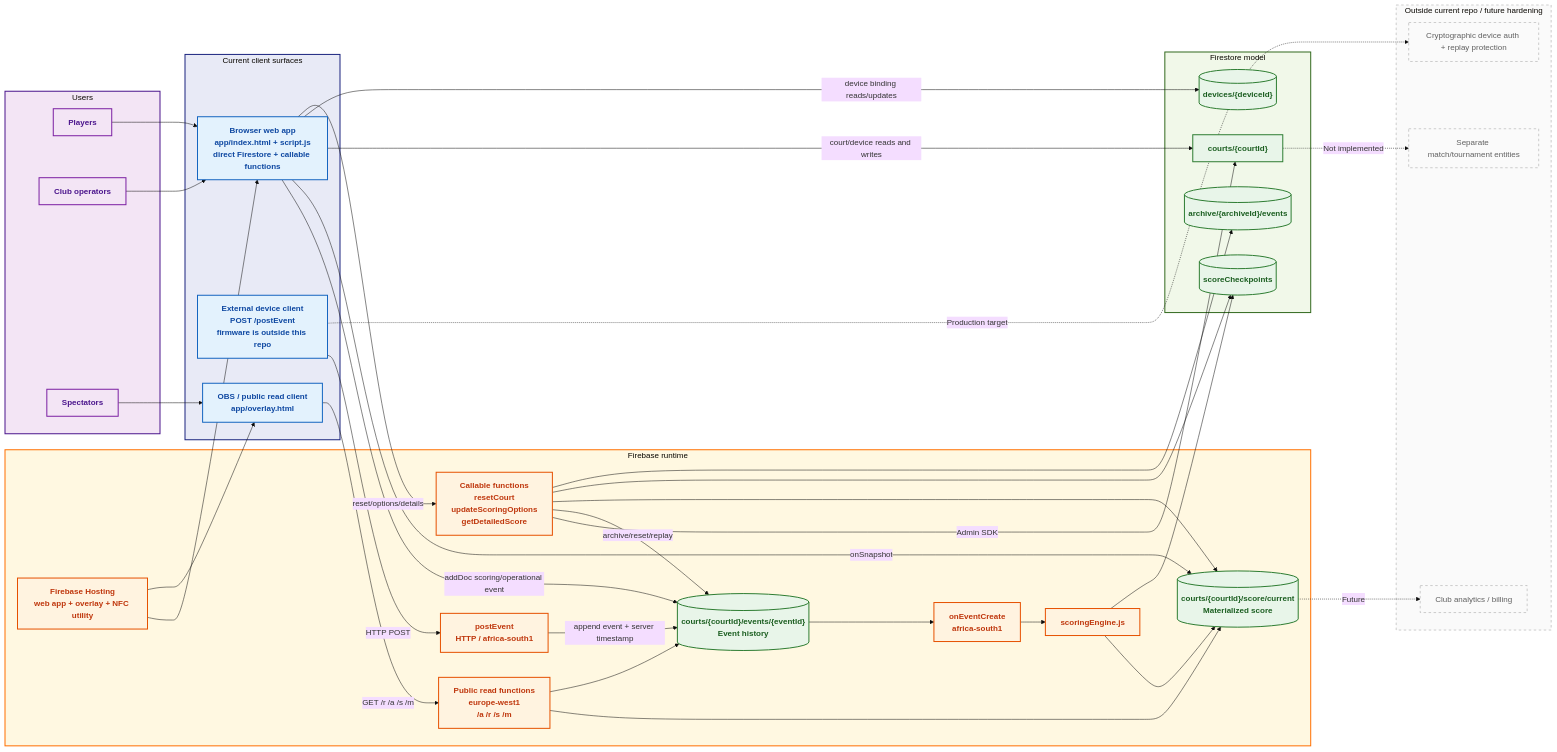
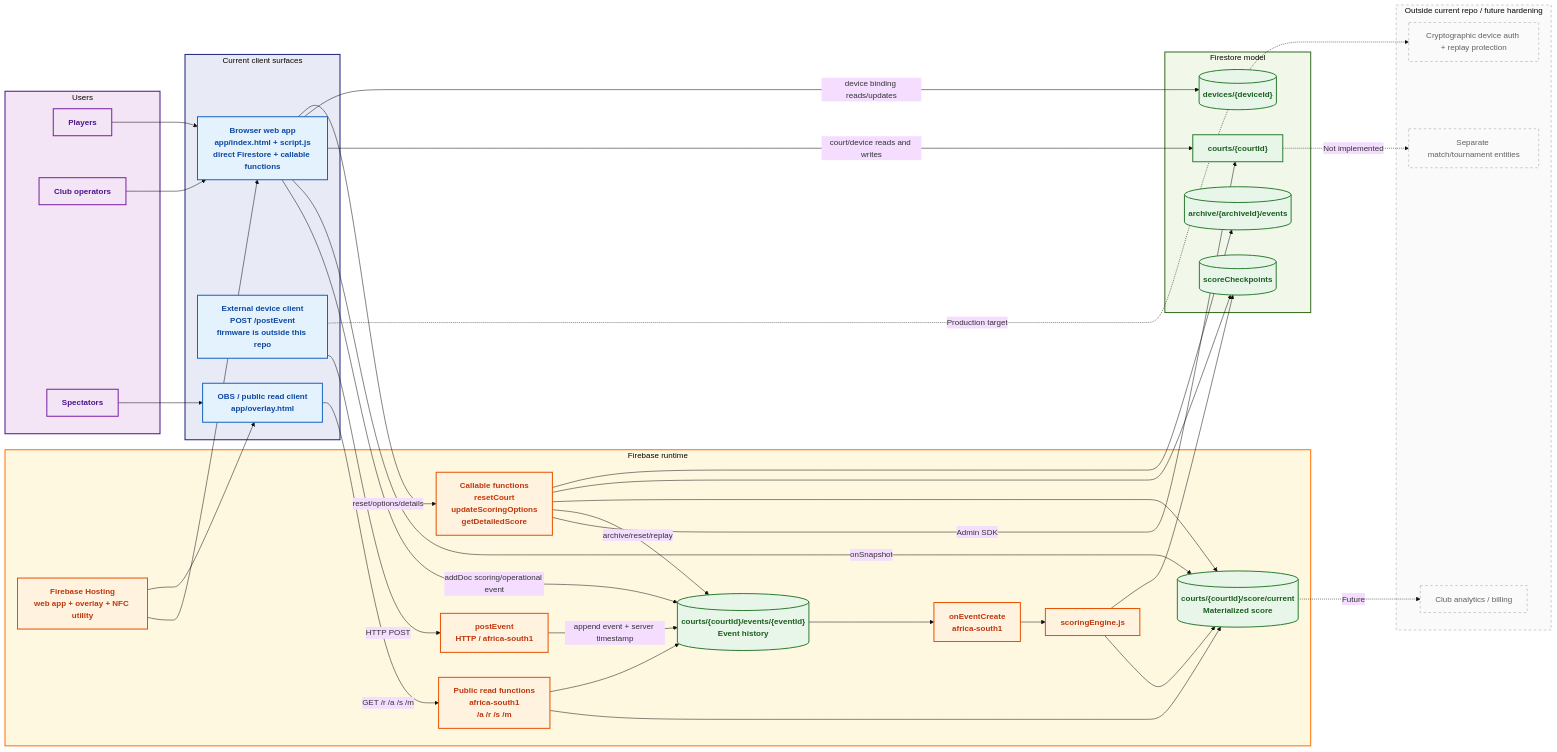
One commit to creepyLANguy/PuntoPrototype changed the diagram in docs/PP_Basic_Flow.mmd. Above: the diagram before and after it, drawn with Mermaid.

Commit message:
chore(regions): align Functions and docs to africa-south1

```diff
--- a/docs/PP_Basic_Flow.mmd
+++ b/docs/PP_Basic_Flow.mmd
@@ -1,95 +1,95 @@
 ---
 config:
     theme: base
 ---
 
 flowchart LR
 
     classDef client fill:#E3F2FD,stroke:#1565C0,stroke-width:2px,color:#0D47A1,font-weight:bold;
     classDef firebase fill:#FFF3E0,stroke:#E65100,stroke-width:2px,color:#BF360C,font-weight:bold;
     classDef data fill:#E8F5E9,stroke:#2E7D32,stroke-width:2px,color:#1B5E20,font-weight:bold;
     classDef user fill:#F3E5F5,stroke:#7B1FA2,stroke-width:2px,color:#4A148C,font-weight:bold;
     classDef future fill:#FAFAFA,stroke:#9E9E9E,stroke-width:1px,stroke-dasharray:5 5,color:#616161;
 
     subgraph CLIENTS["Current client surfaces"]
         WebApp["Browser web app<br/>app/index.html + script.js<br/>direct Firestore + callable functions"]
         Device["External device client<br/>POST /postEvent<br/>firmware is outside this repo"]
         Overlay["OBS / public read client<br/>app/overlay.html"]
     end
 
     subgraph FIREBASE["Firebase runtime"]
         Hosting["Firebase Hosting<br/>web app + overlay + NFC utility"]
         Ingestion["postEvent<br/>HTTP / africa-south1"]
         Events[("courts/{courtId}/events/{eventId}<br/>Event history")]
         Trigger["onEventCreate<br/>africa-south1"]
         Scoring["scoringEngine.js"]
         LiveState[("courts/{courtId}/score/current<br/>Materialized score")]
         Callable["Callable functions<br/>resetCourt<br/>updateScoringOptions<br/>getDetailedScore"]
-        PublicAPI["Public read functions<br/>europe-west1<br/>/a /r /s /m"]
+        PublicAPI["Public read functions<br/>africa-south1<br/>/a /r /s /m"]
     end
 
     subgraph DATA["Firestore model"]
         Court["courts/{courtId}"]
         Checkpoints[("scoreCheckpoints")]
         Archives[("archive/{archiveId}/events")]
         Devices[("devices/{deviceId}")]
     end
 
     subgraph USERS["Users"]
         Player["Players"]
         Club["Club operators"]
         Spectator["Spectators"]
     end
 
     subgraph FUTURE["Outside current repo / future hardening"]
         Hmac["Cryptographic device auth + replay protection"]
         Match["Separate match/tournament entities"]
         Analytics["Club analytics / billing"]
     end
 
     Hosting --> WebApp
     Hosting --> Overlay
 
     Player --> WebApp
     Club --> WebApp
     Spectator --> Overlay
 
     WebApp -->|"addDoc scoring/operational event"| Events
     WebApp -->|"onSnapshot"| LiveState
     WebApp -->|"court/device reads and writes"| Court
     WebApp -->|"device binding reads/updates"| Devices
     WebApp -->|"reset/options/details"| Callable
 
     Device -->|"HTTP POST"| Ingestion
     Ingestion -->|"append event + server timestamp"| Events
 
     Events --> Trigger
     Trigger --> Scoring
     Scoring --> LiveState
     Scoring --> Checkpoints
 
     Callable -->|"Admin SDK"| Court
     Callable -->|"archive/reset/replay"| Events
     Callable --> LiveState
     Callable --> Checkpoints
     Callable --> Archives
 
     Overlay -->|"GET /r /a /s /m"| PublicAPI
     PublicAPI --> LiveState
     PublicAPI --> Events
 
     Device -. "Production target" .-> Hmac
     Court -. "Not implemented" .-> Match
     LiveState -. "Future" .-> Analytics
 
     class WebApp,Device,Overlay client
     class Hosting,Ingestion,Trigger,Scoring,Callable,PublicAPI firebase
     class Events,LiveState,Court,Checkpoints,Archives,Devices data
     class Player,Club,Spectator user
     class Hmac,Match,Analytics future
 
     style CLIENTS fill:#E8EAF6,stroke:#1A237E,stroke-width:2px;
     style FIREBASE fill:#FFF8E1,stroke:#FF6F00,stroke-width:2px;
     style DATA fill:#F1F8E9,stroke:#33691E,stroke-width:2px;
     style USERS fill:#F3E5F5,stroke:#4A148C,stroke-width:2px;
     style FUTURE fill:#FAFAFA,stroke:#9E9E9E,stroke-dasharray:5 5;
```
